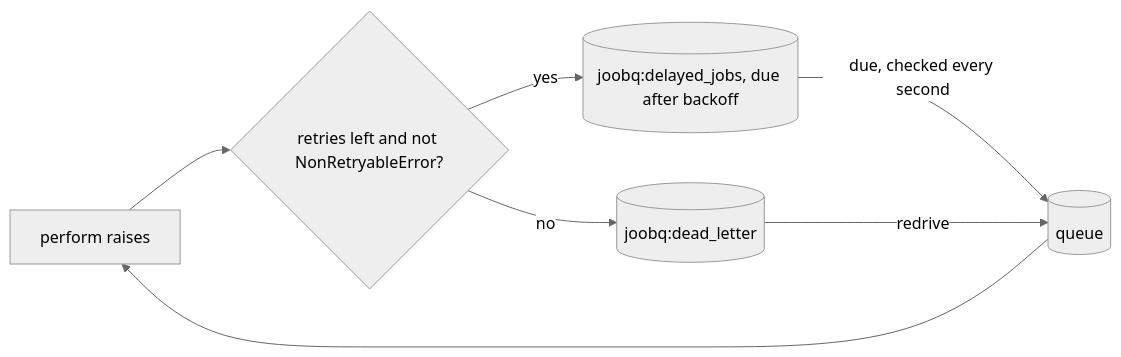
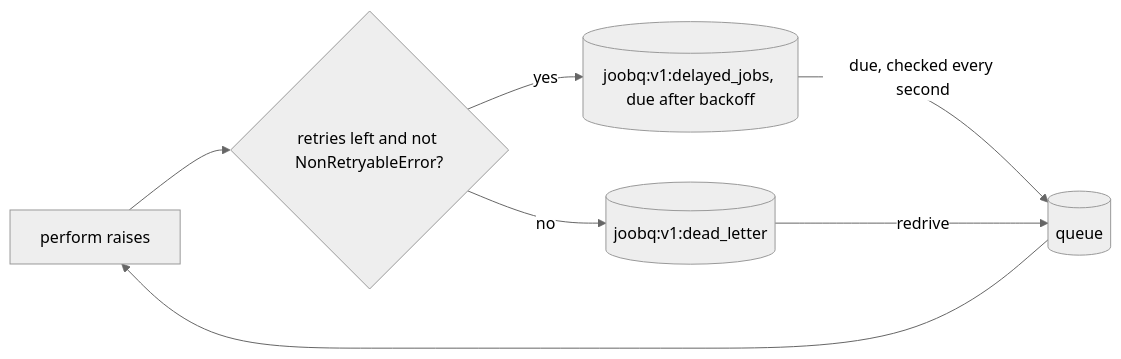
One commit to azutoolkit/joobq changed the diagram in docs/explanation/retries-and-dead-letters.md. Above: the diagram before and after it, drawn with Mermaid (neutral theme). The commit also changed other lines of this file and 20 other files, not shown here.

````diff
--- a/docs/explanation/retries-and-dead-letters.md
+++ b/docs/explanation/retries-and-dead-letters.md
@@ -19,9 +19,9 @@
 ```mermaid
 flowchart LR
   Run[perform raises] --> Q{retries left and not NonRetryableError?}
-  Q -->|yes| Delay[(joobq:delayed_jobs, due after backoff)]
+  Q -->|yes| Delay[(joobq:v1:delayed_jobs, due after backoff)]
   Delay -->|due, checked every second| Queue[(queue)]
   Queue --> Run
-  Q -->|no| DLQ[(joobq:dead_letter)]
+  Q -->|no| DLQ[(joobq:v1:dead_letter)]
   DLQ -->|redrive| Queue
 ```
````
